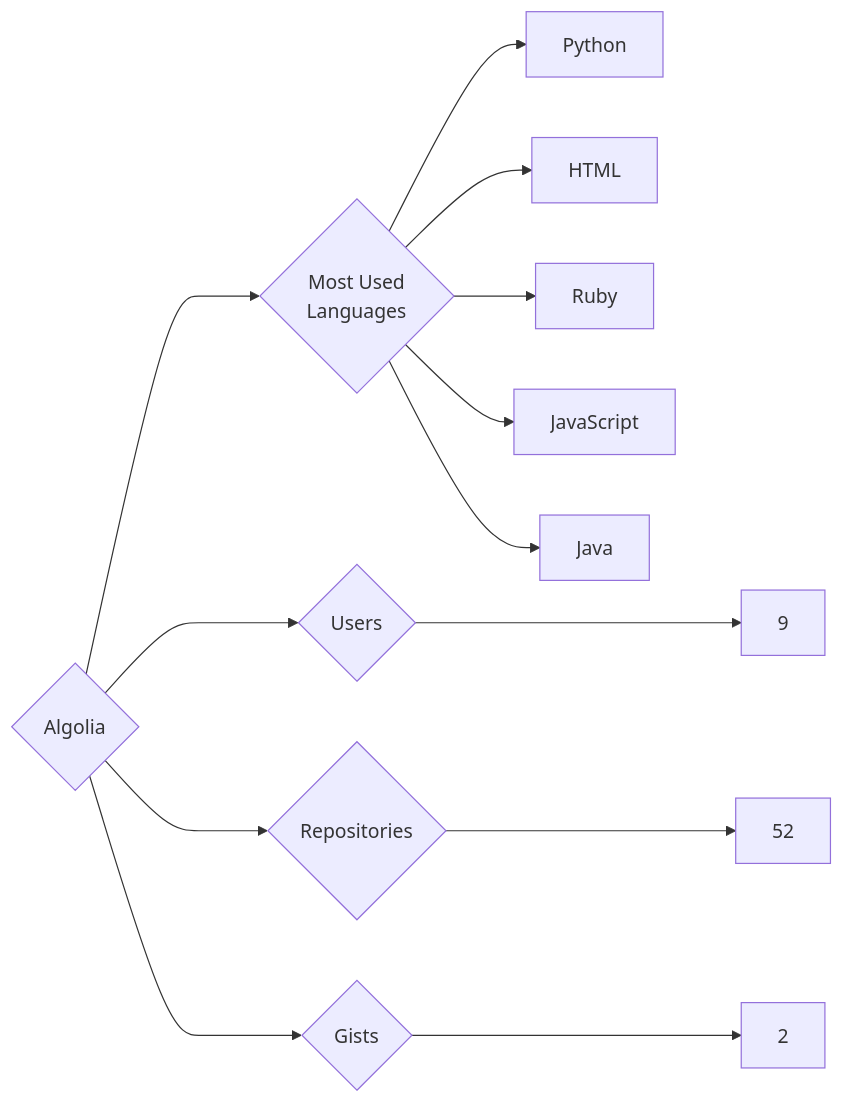
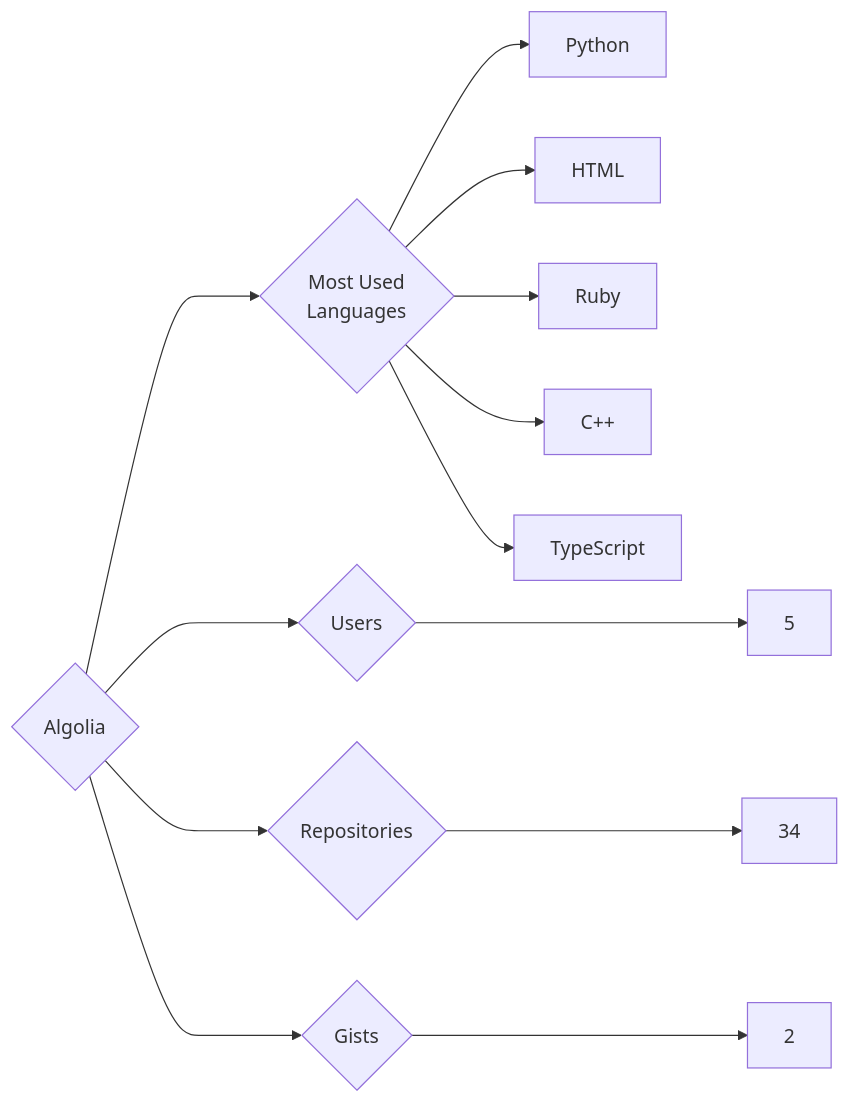
One commit to trickest/insiders changed the diagram in targets/Algolia/README.md. Above: the diagram before and after it, drawn with Mermaid. The commit also changed 1036 other files, not shown here.

````diff
--- a/targets/Algolia/README.md
+++ b/targets/Algolia/README.md
@@ -3,13 +3,13 @@
 ```mermaid
 graph LR
 COMPANY_NAME{Algolia}
-COMPANY_NAME ---> U{Users} ---> UN[9]
-COMPANY_NAME ---> R{Repositories} ---> RN[52]
+COMPANY_NAME ---> U{Users} ---> UN[5]
+COMPANY_NAME ---> R{Repositories} ---> RN[34]
 COMPANY_NAME ---> G{Gists} ---> GN[2]
 COMPANY_NAME ---> ML{Most Used<br>Languages}
 ML --> Python[Python]
 ML --> HTML[HTML]
 ML --> Ruby[Ruby]
-ML --> JavaScript[JavaScript]
-ML --> Java[Java]
+ML --> C++[C++]
+ML --> TypeScript[TypeScript]
 ```
````
